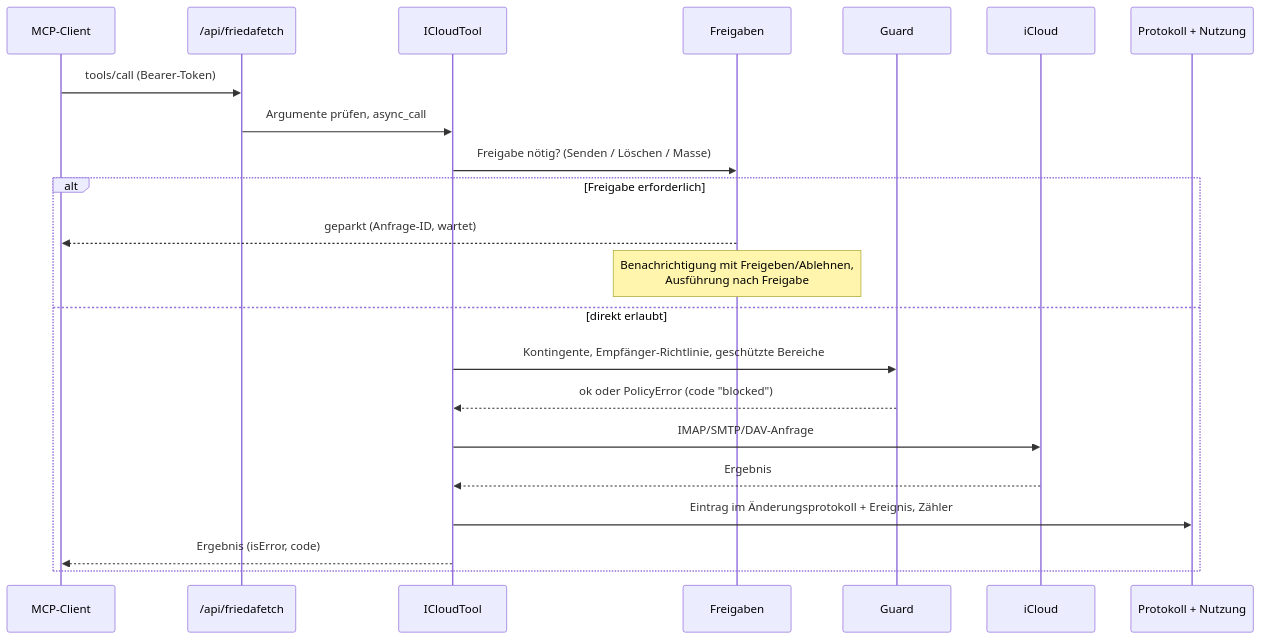
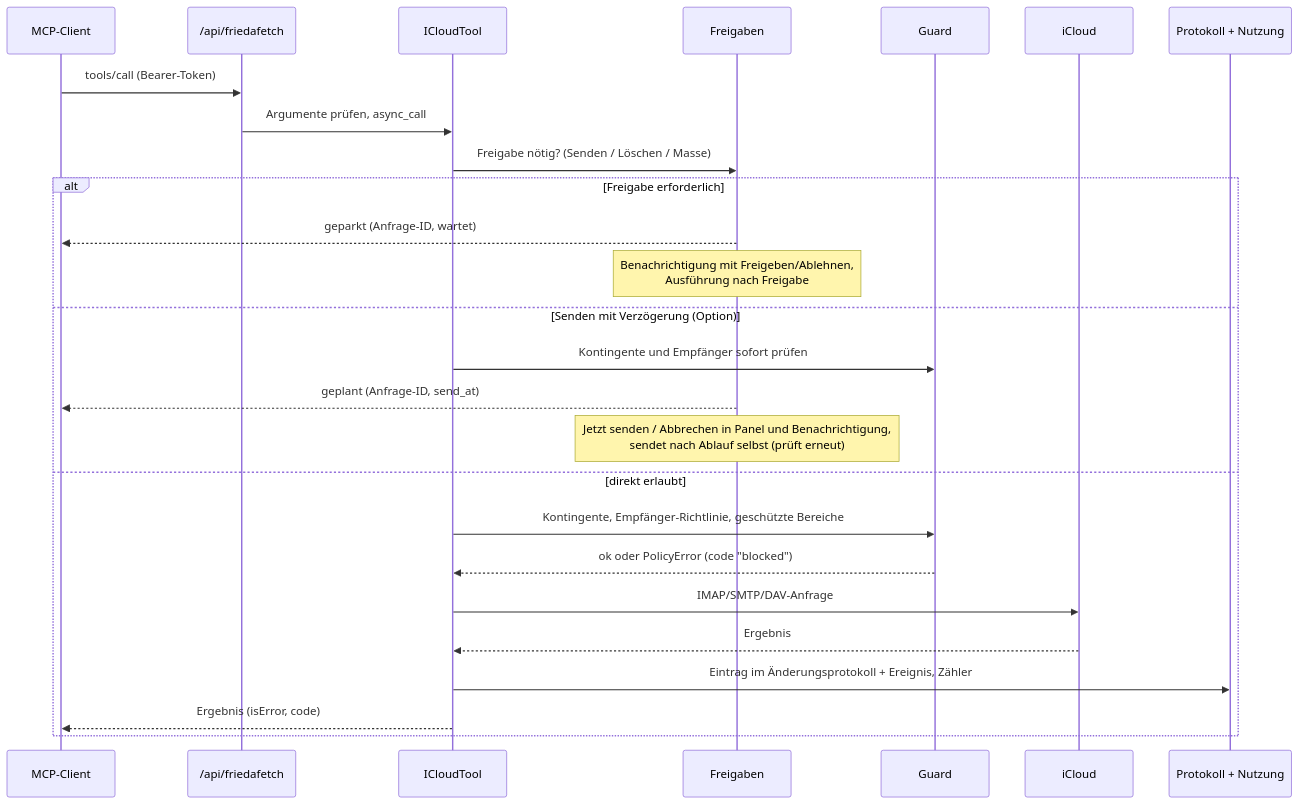
One commit to nadeo360/friedafetch changed the third of 6 diagrams in docs/architecture.de.md. Above: the diagram before and after it, drawn with Mermaid. The commit also changed other lines of this file and 1 other file, not shown here.

````diff
--- a/docs/architecture.de.md
+++ b/docs/architecture.de.md
@@ -216,24 +218,28 @@
 ```mermaid
 sequenceDiagram
   participant C as MCP-Client
   participant E as /api/friedafetch
   participant T as ICloudTool
   participant A as Freigaben
   participant G as Guard
   participant I as iCloud
   participant L as Protokoll + Nutzung
   C->>E: tools/call (Bearer-Token)
   E->>T: Argumente prüfen, async_call
   T->>A: Freigabe nötig? (Senden / Löschen / Masse)
   alt Freigabe erforderlich
     A-->>C: geparkt (Anfrage-ID, wartet)
     Note over A: Benachrichtigung mit Freigeben/Ablehnen,<br/>Ausführung nach Freigabe
+  else Senden mit Verzögerung (Option)
+    T->>G: Kontingente und Empfänger sofort prüfen
+    A-->>C: geplant (Anfrage-ID, send_at)
+    Note over A: Jetzt senden / Abbrechen in Panel und Benachrichtigung,<br/>sendet nach Ablauf selbst (prüft erneut)
   else direkt erlaubt
     T->>G: Kontingente, Empfänger-Richtlinie, geschützte Bereiche
     G-->>T: ok oder PolicyError (code "blocked")
     T->>I: IMAP/SMTP/DAV-Anfrage
     I-->>T: Ergebnis
     T->>L: Eintrag im Änderungsprotokoll + Ereignis, Zähler
     T-->>C: Ergebnis (isError, code)
   end
 ```
````
